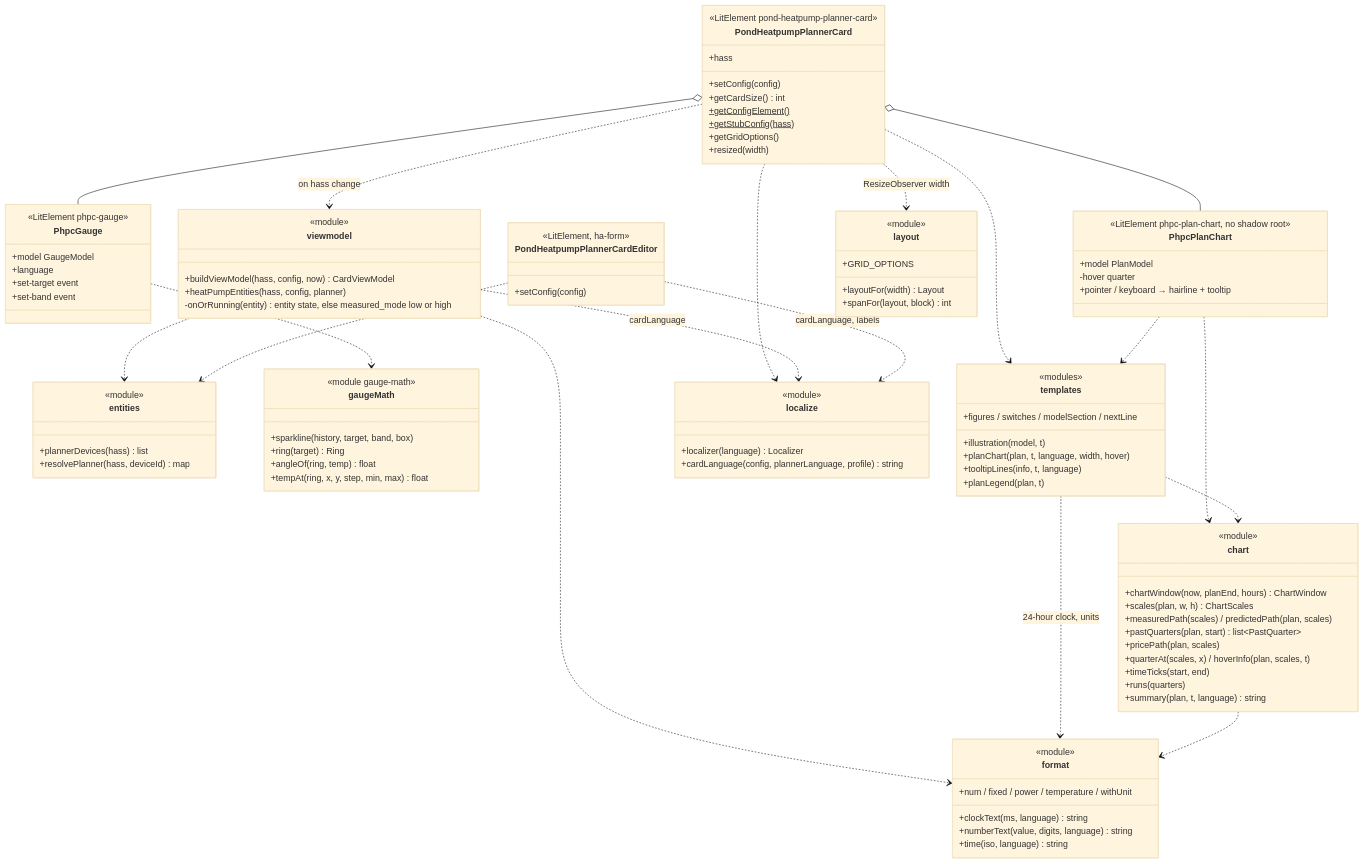
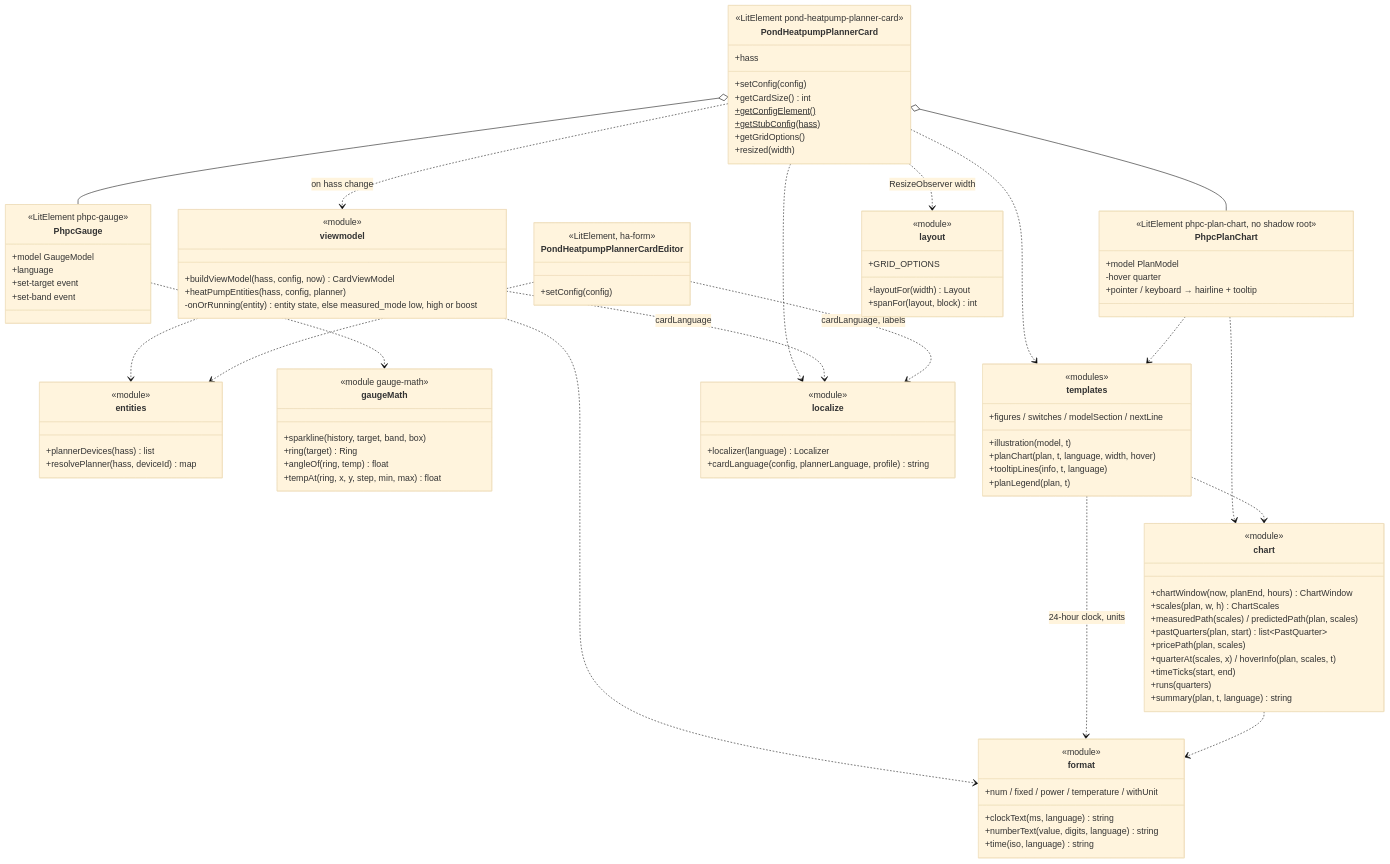
Before and after one commit to abroeders/pond-heatpump-price-planner: diagram 21 of 25 in docs/architecture.md, drawn with Mermaid (base theme). The commit also changed other lines of this file and 6 other files, not shown here.

Commit message:
docs: boost mode and capacity preset (#37)

```diff
--- a/docs/architecture.md
+++ b/docs/architecture.md
@@ -866,7 +925,7 @@
         <<module>>
         +buildViewModel(hass, config, now) CardViewModel
         +heatPumpEntities(hass, config, planner)
-        -onOrRunning(entity) entity state, else measured_mode low or high
+        -onOrRunning(entity) entity state, else measured_mode low, high or boost
     }
     class entities {
         <<module>>
```
